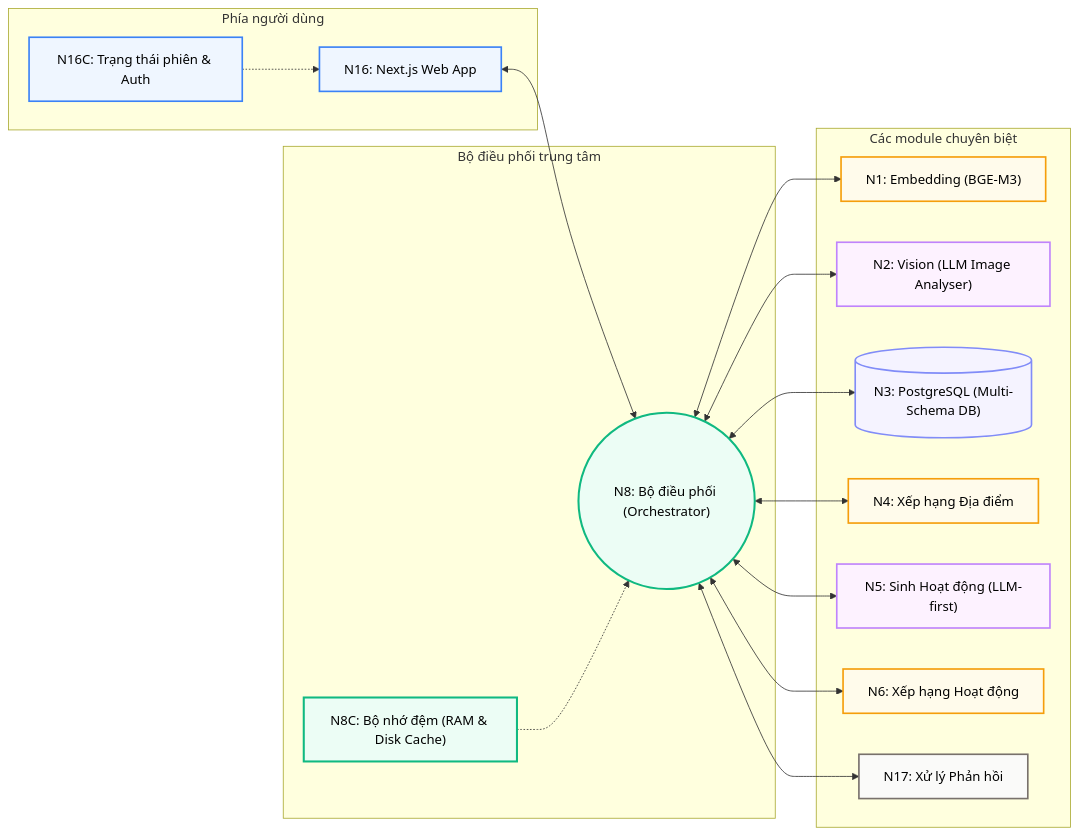
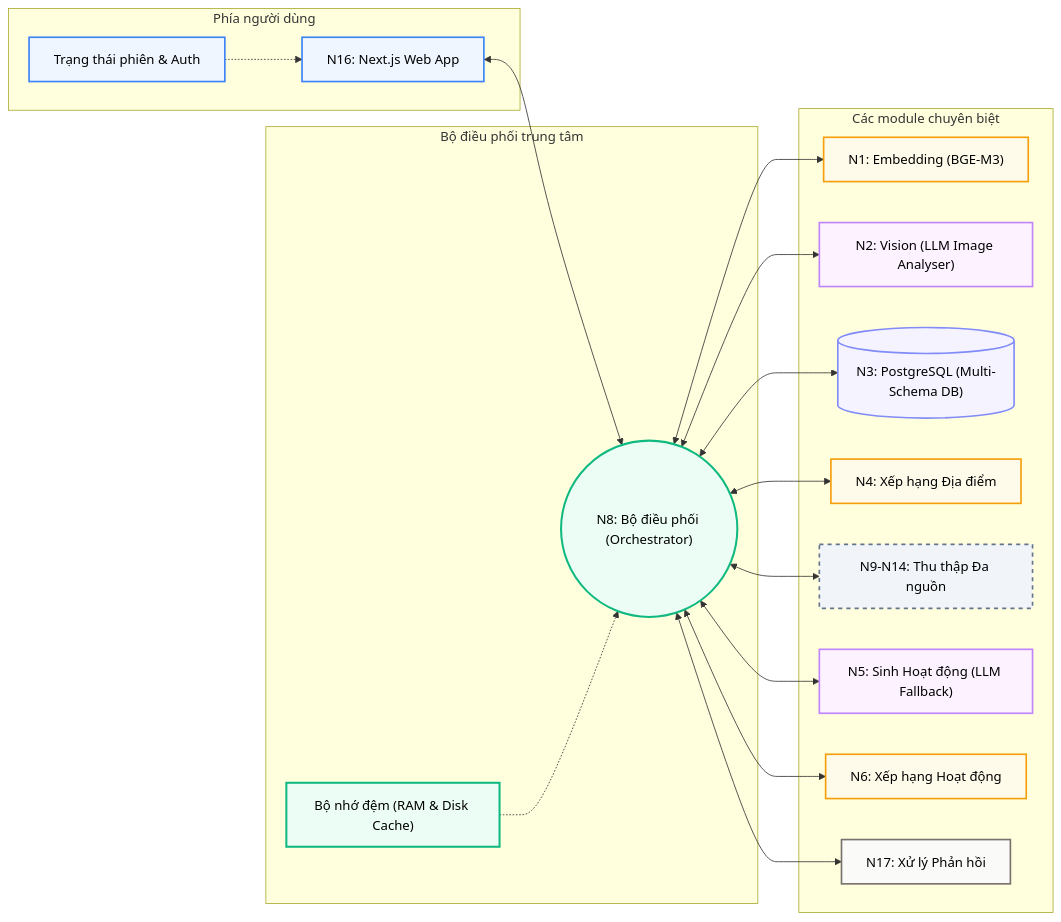
Before and after one commit to ltk6/travel-exp-planner: the first of 2 diagrams in docs/architecture/system_overview.md, drawn with Mermaid. The commit also changed 52 other files, not shown here.

````diff
--- a/docs/architecture/system_overview.md
+++ b/docs/architecture/system_overview.md
@@ -62,41 +62,44 @@
 ```mermaid
 %%{init: {'flowchart': {'useMaxWidth': false}}}%%
 graph LR
     classDef client fill:#eff6ff,stroke:#3b82f6,stroke-width:2px,color:#000000;
     classDef orchestrator fill:#ecfdf5,stroke:#10b981,stroke-width:2.5px,color:#000000;
     classDef storage fill:#f5f3ff,stroke:#818cf8,stroke-width:2px,color:#000000;
     classDef ml fill:#fffbeb,stroke:#f59e0b,stroke-width:2px,color:#000000;
     classDef gen fill:#fdf2ff,stroke:#c084fc,stroke-width:2px,color:#000000;
     classDef feedback fill:#fafaf9,stroke:#78716c,stroke-width:2px,color:#000000;
+    classDef external fill:#f1f5f9,stroke:#64748b,stroke-width:2px,stroke-dasharray:5 5,color:#000000;
     
     subgraph "Phía người dùng"
         N16["N16: Next.js Web App"]:::client
-        N16C["N16C: Trạng thái phiên & Auth"]:::client
+        N16C["Trạng thái phiên & Auth"]:::client
     end
 
     subgraph "Bộ điều phối trung tâm"
         N8(("N8: Bộ điều phối (Orchestrator)")):::orchestrator
-        N8C["N8C: Bộ nhớ đệm (RAM & Disk Cache)"]:::orchestrator
+        N8C["Bộ nhớ đệm (RAM & Disk Cache)"]:::orchestrator
     end
 
     subgraph "Các module chuyên biệt"
         N1["N1: Embedding (BGE-M3)"]:::ml
         N2["N2: Vision (LLM Image Analyser)"]:::gen
         N3[("N3: PostgreSQL (Multi-Schema DB)")]:::storage
         N4["N4: Xếp hạng Địa điểm"]:::ml
-        N5["N5: Sinh Hoạt động (LLM-first)"]:::gen
+        N9_14["N9-N14: Thu thập Đa nguồn"]:::external
+        N5["N5: Sinh Hoạt động (LLM Fallback)"]:::gen
         N6["N6: Xếp hạng Hoạt động"]:::ml
         N17["N17: Xử lý Phản hồi"]:::feedback
     end
 
     N16 <--> N8
     N8 <--> N1
     N8 <--> N2
     N8 <--> N3
     N8 <--> N4
+    N8 <--> N9_14
     N8 <--> N5
     N8 <--> N6
     N8 <--> N17
     N16C -.-> N16
     N8C -.-> N8
 ```
````
